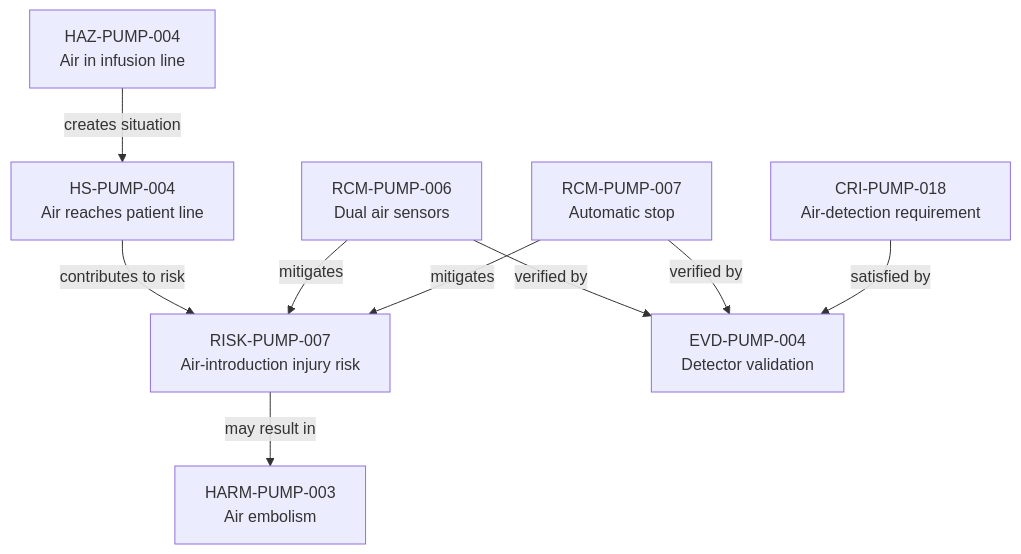
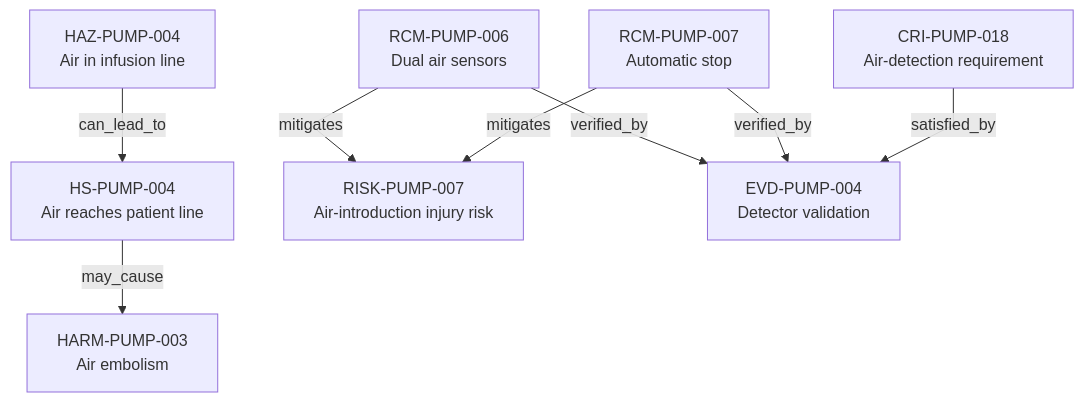
One commit to mvattulainen/mdrontology changed the diagram in content/06-Infpump FlowGuard ontology notes/connections/04-air-in-line-protection-chain.md. Above: the diagram before and after it, drawn with Mermaid. The commit also changed other lines of this file and 321 other files, not shown here.

Commit message:
Implement Mermaid ontology audit findings

````diff
--- a/content/06-Infpump FlowGuard ontology notes/connections/04-air-in-line-protection-chain.md
+++ b/content/06-Infpump FlowGuard ontology notes/connections/04-air-in-line-protection-chain.md
@@ -25,27 +24,27 @@
 ```mermaid
+%%{init: {"flowchart": {"curve": "linear"}}}%%
 flowchart TD
   N1["HAZ-PUMP-004<br/>Air in infusion line"]
   N2["HS-PUMP-004<br/>Air reaches patient line"]
   N3["RISK-PUMP-007<br/>Air-introduction injury risk"]
   N4["HARM-PUMP-003<br/>Air embolism"]
   N5["RCM-PUMP-006<br/>Dual air sensors"]
   N6["RCM-PUMP-007<br/>Automatic stop"]
   N7["EVD-PUMP-004<br/>Detector validation"]
   N8["CRI-PUMP-018<br/>Air-detection requirement"]
-  N1 -->|creates situation| N2
-  N2 -->|contributes to risk| N3
-  N3 -->|may result in| N4
+  N1 -->|can_lead_to| N2
+  N2 -->|may_cause| N4
   N5 -->|mitigates| N3
   N6 -->|mitigates| N3
-  N5 -->|verified by| N7
-  N6 -->|verified by| N7
-  N8 -->|satisfied by| N7
+  N5 -->|verified_by| N7
+  N6 -->|verified_by| N7
+  N8 -->|satisfied_by| N7
   click N1 "/06-infpump-flowguard-ontology-notes/hazard/haz-pump-004-air-introduced-into-infusion-line" "Open HAZ-PUMP-004"
   click N2 "/06-infpump-flowguard-ontology-notes/hazardous-situation/hs-pump-004-air-reaches-the-patient-line" "Open HS-PUMP-004"
   click N3 "/06-infpump-flowguard-ontology-notes/risk/risk-pump-007-clinical-injury-following-air-introduced-into-infusion-line" "Open RISK-PUMP-007"
   click N4 "/06-infpump-flowguard-ontology-notes/harm/harm-pump-003-air-embolism" "Open HARM-PUMP-003"
   click N5 "/06-infpump-flowguard-ontology-notes/risk-control-measure/rcm-pump-006-dual-air-in-line-sensors" "Open RCM-PUMP-006"
   click N6 "/06-infpump-flowguard-ontology-notes/risk-control-measure/rcm-pump-007-air-in-line-automatic-stop" "Open RCM-PUMP-007"
   click N7 "/06-infpump-flowguard-ontology-notes/verification-evidence/evd-pump-004-air-in-line-detector-validation-report" "Open EVD-PUMP-004"
   click N8 "/06-infpump-flowguard-ontology-notes/compliance-requirement-instance/cri-pump-018-air-in-line-detection" "Open CRI-PUMP-018"
 ```
````
